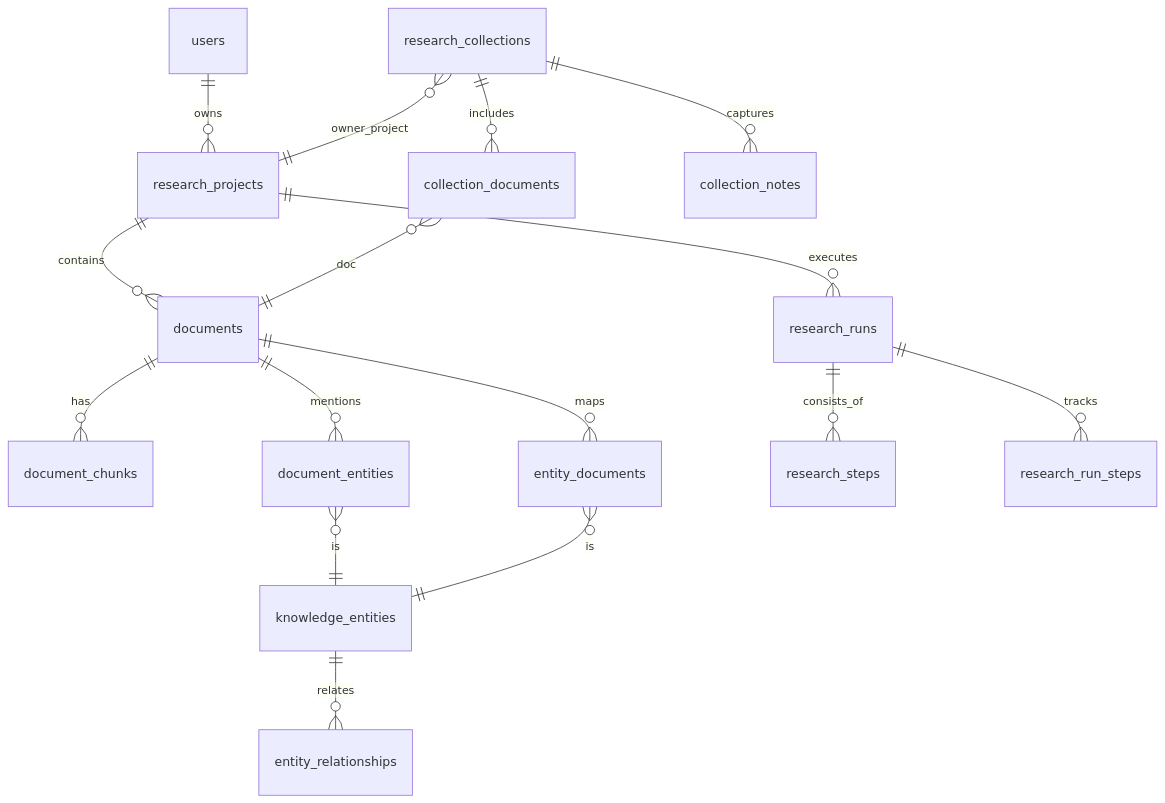
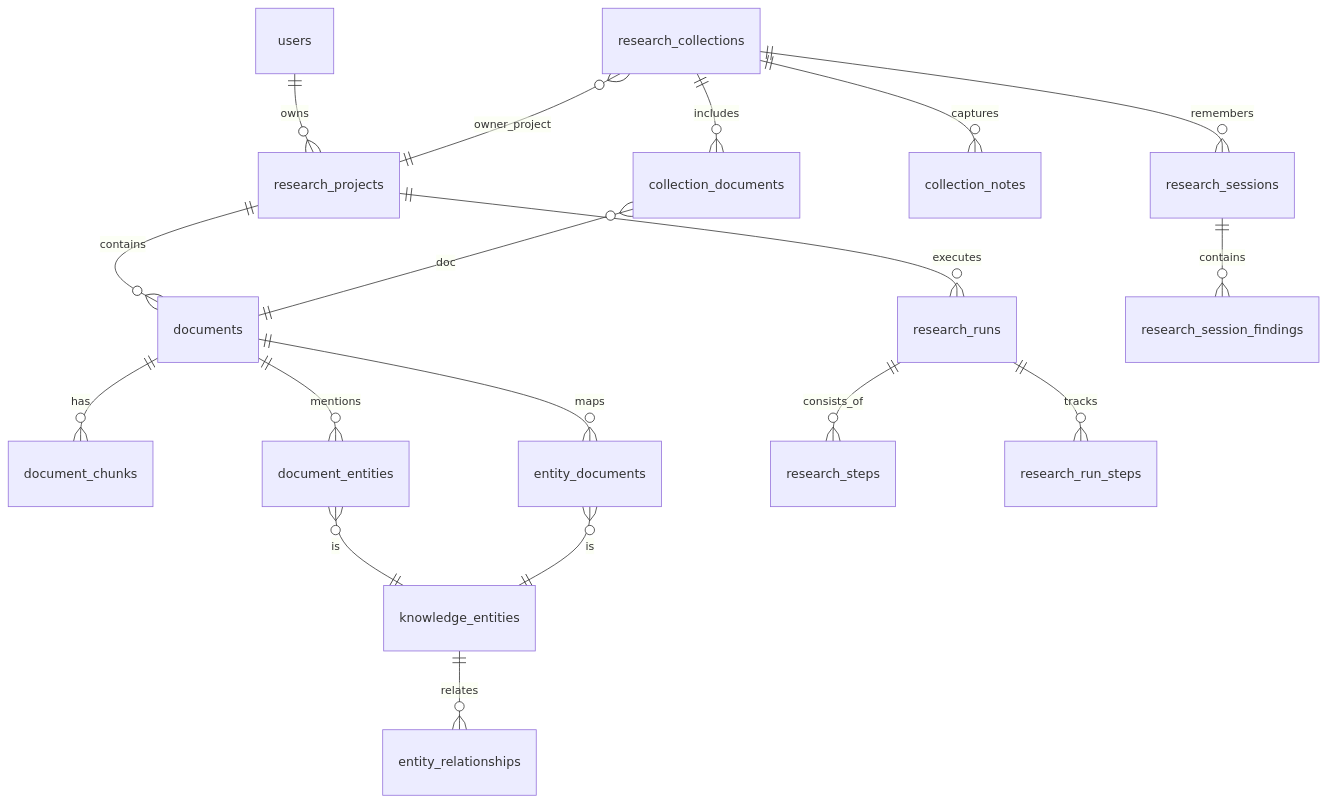
The second of 2 diagrams in README.md (obone410/AI-Research-Assistant), drawn with Mermaid before and after one commit. The commit also changed other lines of this file and 17 other files, not shown here.

````diff
--- a/README.md
+++ b/README.md
@@ -55,18 +62,20 @@
 ```mermaid
 erDiagram
     users ||--o{ research_projects : owns
     research_projects ||--o{ documents : contains
     research_projects ||--o{ research_runs : executes
     research_collections ||--o{ collection_documents : includes
     research_collections ||--o{ collection_notes : captures
+    research_collections ||--o{ research_sessions : remembers
     research_collections }o--|| research_projects : owner_project
     documents ||--o{ document_chunks : has
     documents ||--o{ document_entities : mentions
     documents ||--o{ entity_documents : maps
     document_entities }o--|| knowledge_entities : is
     entity_documents }o--|| knowledge_entities : is
     knowledge_entities ||--o{ entity_relationships : relates
     research_runs ||--o{ research_steps : consists_of
     research_runs ||--o{ research_run_steps : tracks
+    research_sessions ||--o{ research_session_findings : contains
     collection_documents }o--|| documents : doc
 ```
````
